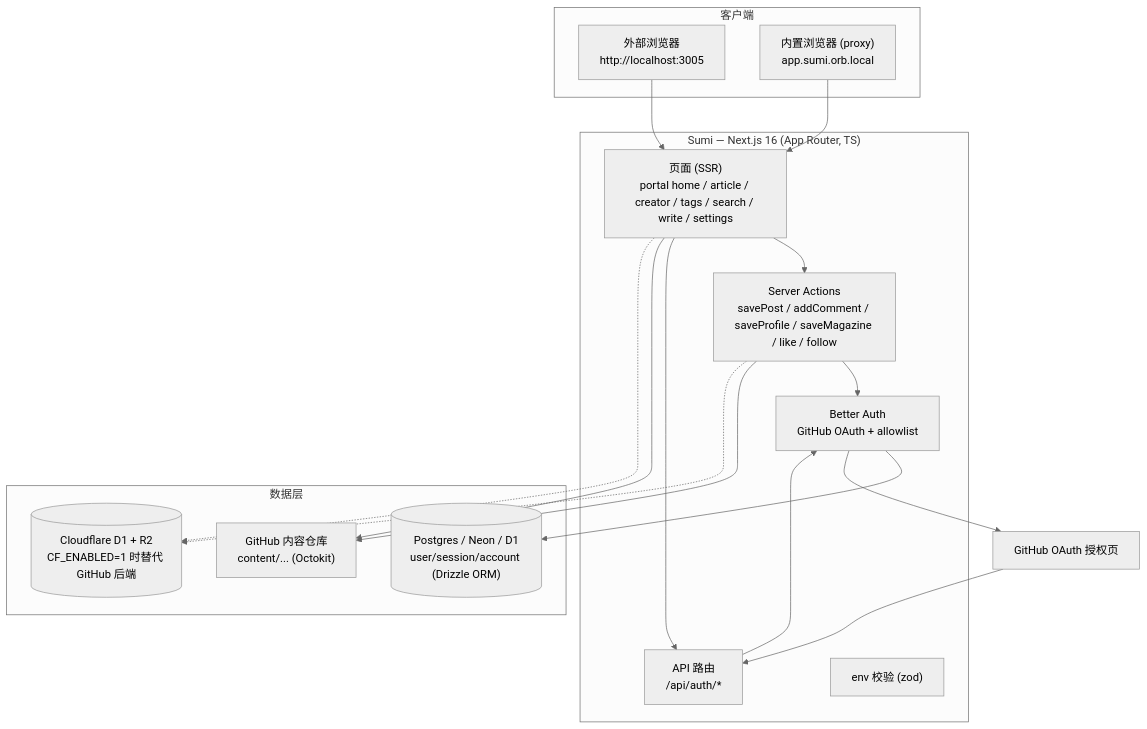
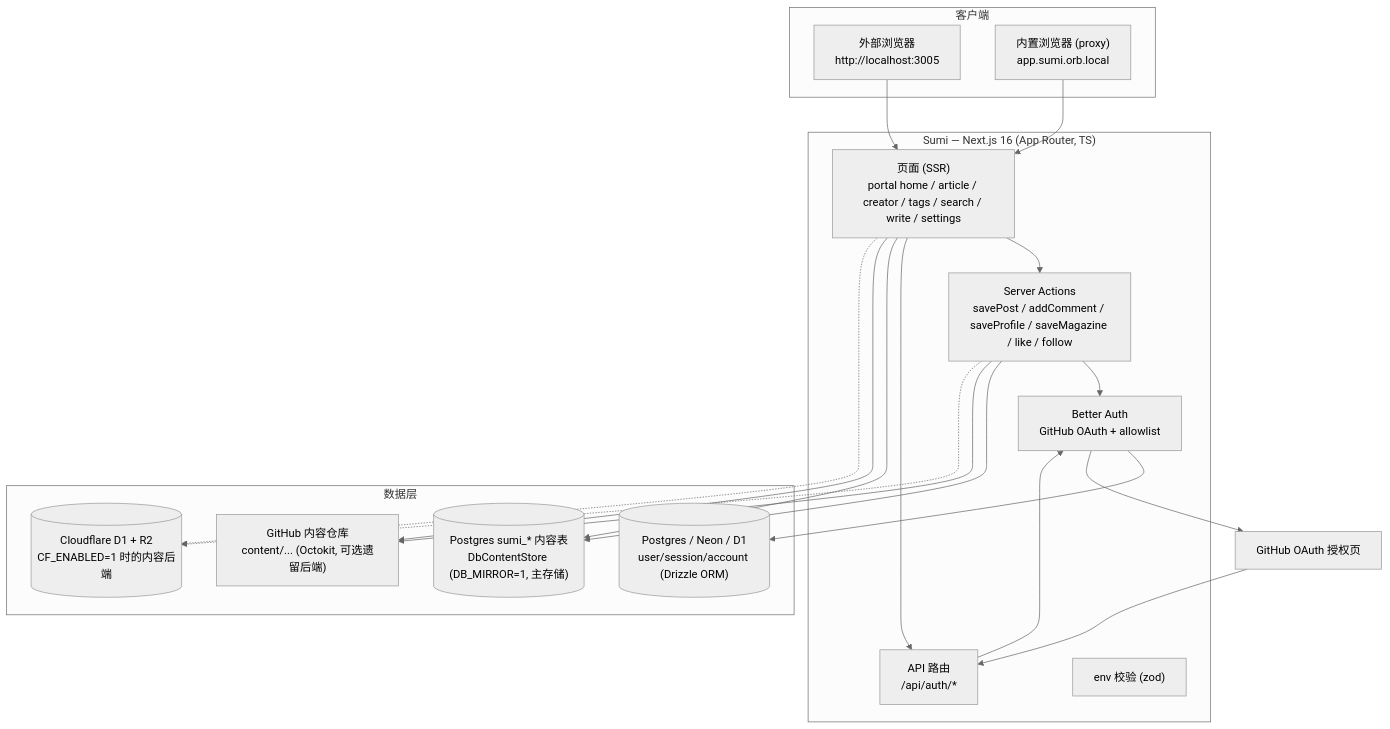
The first of 11 diagrams in docs/ARCHITECTURE.md (fuyucn/sumi), drawn with Mermaid (neutral theme) before and after one commit. The commit also changed other lines of this file and 9 other files, not shown here.

First line of the commit message:
docs: align storage docs with Postgres-first (no GitHub repo needed)

````diff
--- a/docs/ARCHITECTURE.md
+++ b/docs/ARCHITECTURE.md
@@ -23,37 +23,40 @@
 ```mermaid
 flowchart TB
     subgraph Client["客户端"]
         WB["外部浏览器<br/>http://localhost:3005"]
         IB["内置浏览器 (proxy)<br/>app.sumi.orb.local"]
     end
 
     subgraph Next["Sumi — Next.js 16 (App Router, TS)"]
         Pages["页面 (SSR)<br/>portal home / article / creator / tags / search / write / settings"]
         SA["Server Actions<br/>savePost / addComment / saveProfile / saveMagazine / like / follow"]
         API["API 路由<br/>/api/auth/*"]
         Auth["Better Auth<br/>GitHub OAuth + allowlist"]
         Env["env 校验 (zod)"]
     end
 
     subgraph DataLayer["数据层"]
         PG[("Postgres / Neon / D1<br/>user/session/account (Drizzle ORM)")]
-        Repo["GitHub 内容仓库<br/>content/... (Octokit)"]
-        CF[("Cloudflare D1 + R2<br/>CF_ENABLED=1 时替代 GitHub 后端")]
+        Mirror[("Postgres sumi_* 内容表<br/>DbContentStore (DB_MIRROR=1, 主存储)")]
+        Repo["GitHub 内容仓库<br/>content/... (Octokit, 可选遗留后端)"]
+        CF[("Cloudflare D1 + R2<br/>CF_ENABLED=1 时的内容后端")]
     end
 
     OAuth["GitHub OAuth 授权页"]
 
     WB --> Pages
     IB --> Pages
     Pages --> SA
     Pages --> API
     SA --> Auth
     API --> Auth
     Auth --> PG
+    Pages --> Mirror
+    SA --> Mirror
     Pages --> Repo
     SA --> Repo
     Pages -.-> CF
     SA -.-> CF
     Auth --> OAuth
     OAuth --> API
 ```
````
